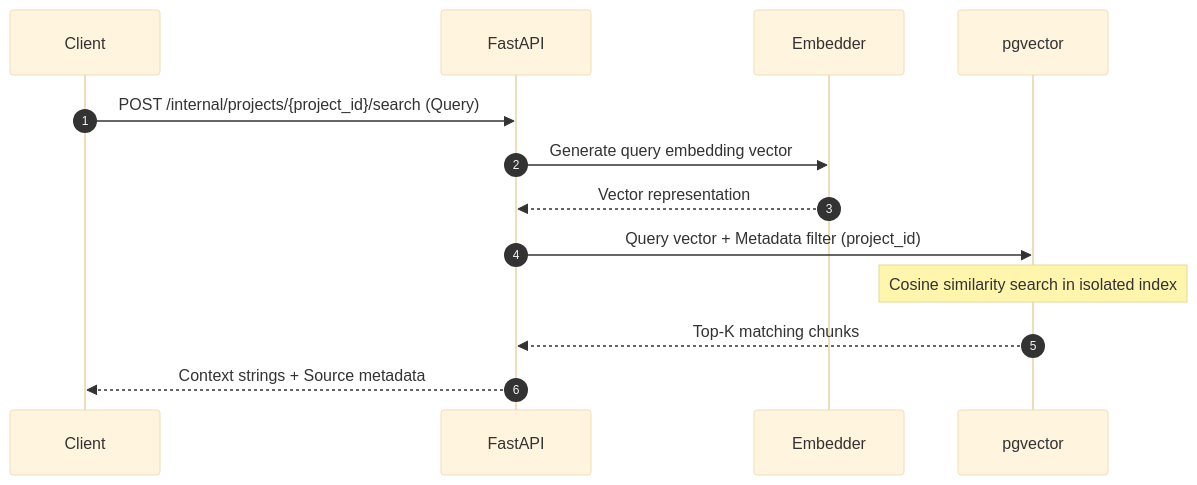
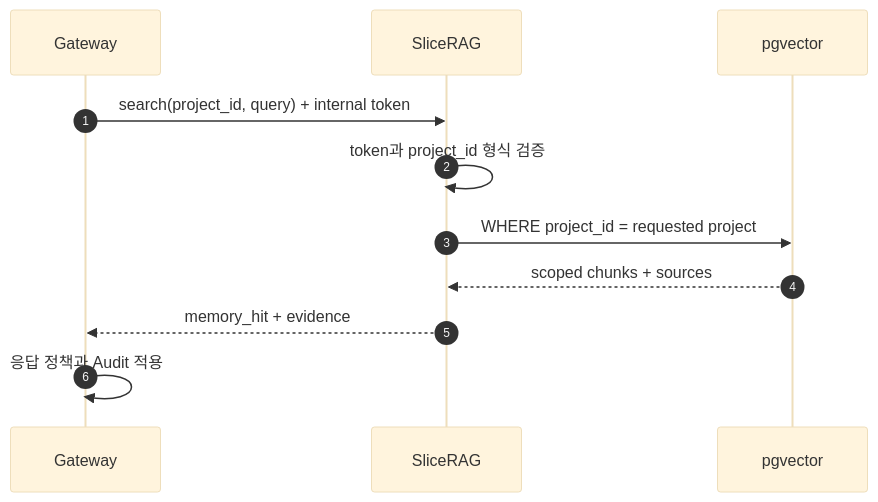
The second of 2 diagrams in docs/projects/slicerag.md (devcy0922/devcy0922.github.io), drawn with Mermaid (base theme) before and after one commit. The commit also changed other lines of this file and 7 other files, not shown here.

````diff
--- a/docs/projects/slicerag.md
+++ b/docs/projects/slicerag.md
@@ -45,11 +44,13 @@
 ```mermaid
 sequenceDiagram
     autonumber
-    Client->>FastAPI: POST /internal/projects/{project_id}/search (Query)
-    FastAPI->>Embedder: Generate query embedding vector
-    Embedder-->>FastAPI: Vector representation
-    FastAPI->>pgvector: Query vector + Metadata filter (project_id)
-    Note over pgvector: Cosine similarity search in isolated index
-    pgvector-->>FastAPI: Top-K matching chunks
-    FastAPI-->>Client: Context strings + Source metadata
+    participant Gateway
+    participant RAG as SliceRAG
+    participant Store as pgvector
+    Gateway->>RAG: search(project_id, query) + internal token
+    RAG->>RAG: token과 project_id 형식 검증
+    RAG->>Store: WHERE project_id = requested project
+    Store-->>RAG: scoped chunks + sources
+    RAG-->>Gateway: memory_hit + evidence
+    Gateway->>Gateway: 응답 정책과 Audit 적용
 ```
````
